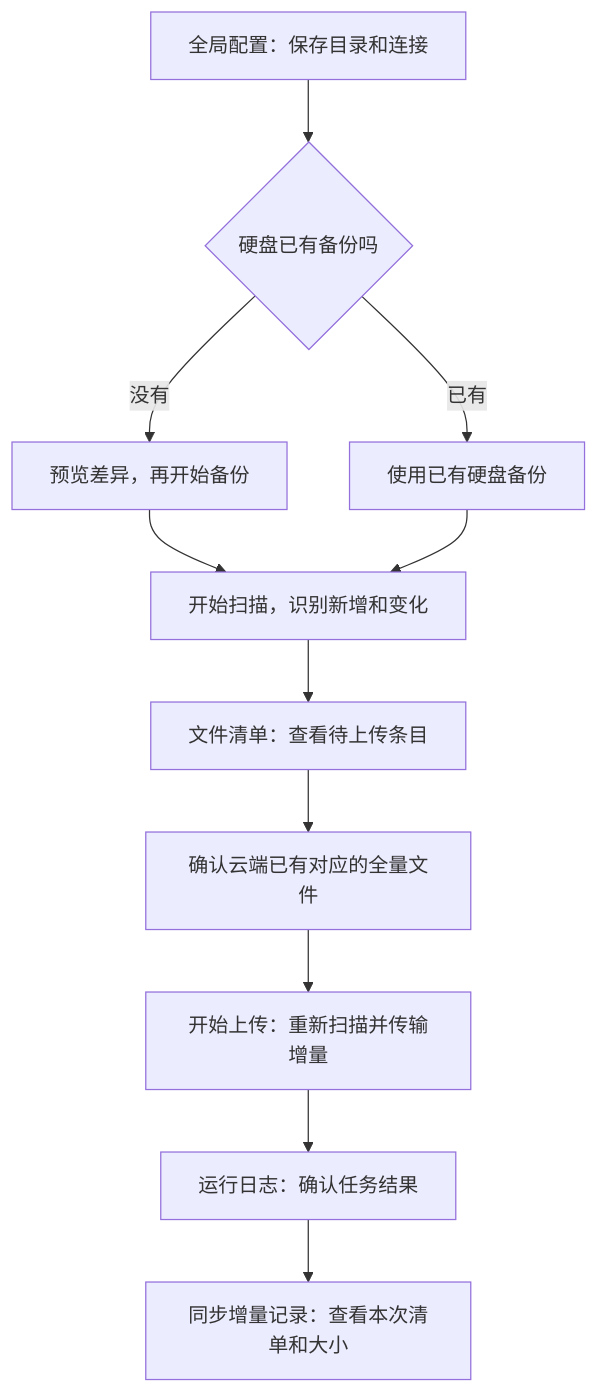
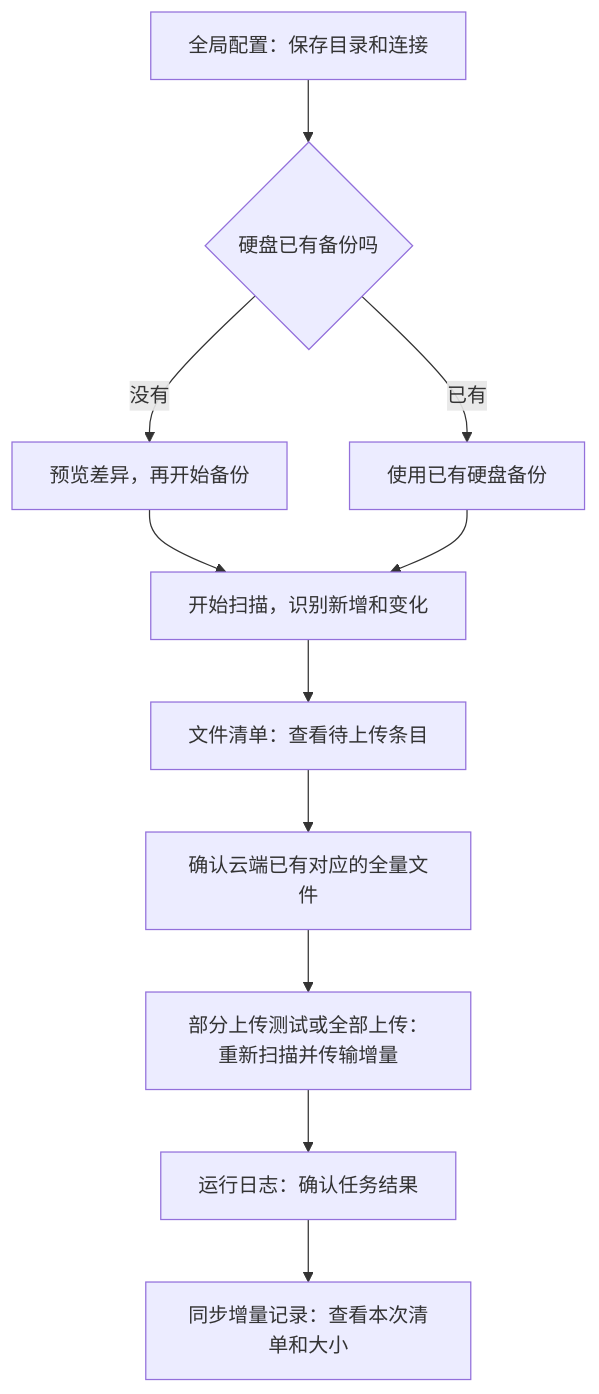
The diagram in README.md (IamLph/ScanSyncBackup), drawn with Mermaid before and after one commit. The commit also changed other lines of this file and 15 other files, not shown here.

````diff
--- a/README.md
+++ b/README.md
@@ -141,13 +150,13 @@
 ```mermaid
 flowchart TD
     A[全局配置：保存目录和连接] --> B{硬盘已有备份吗}
     B -->|没有| C[预览差异，再开始备份]
     B -->|已有| D[使用已有硬盘备份]
     C --> E[开始扫描，识别新增和变化]
     D --> E
     E --> F[文件清单：查看待上传条目]
     F --> G[确认云端已有对应的全量文件]
-    G --> H[开始上传：重新扫描并传输增量]
+    G --> H[部分上传测试或全部上传：重新扫描并传输增量]
     H --> I[运行日志：确认任务结果]
     I --> J[同步增量记录：查看本次清单和大小]
 ```
````
